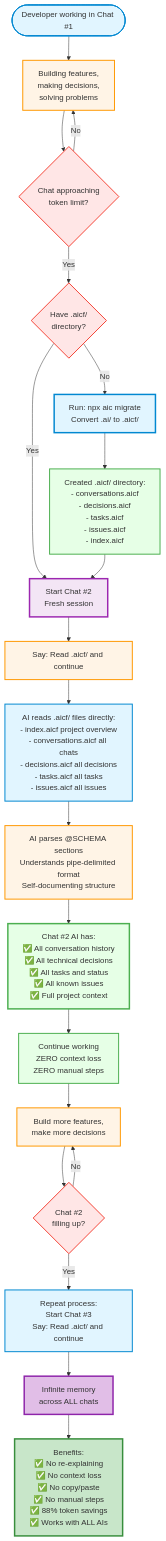
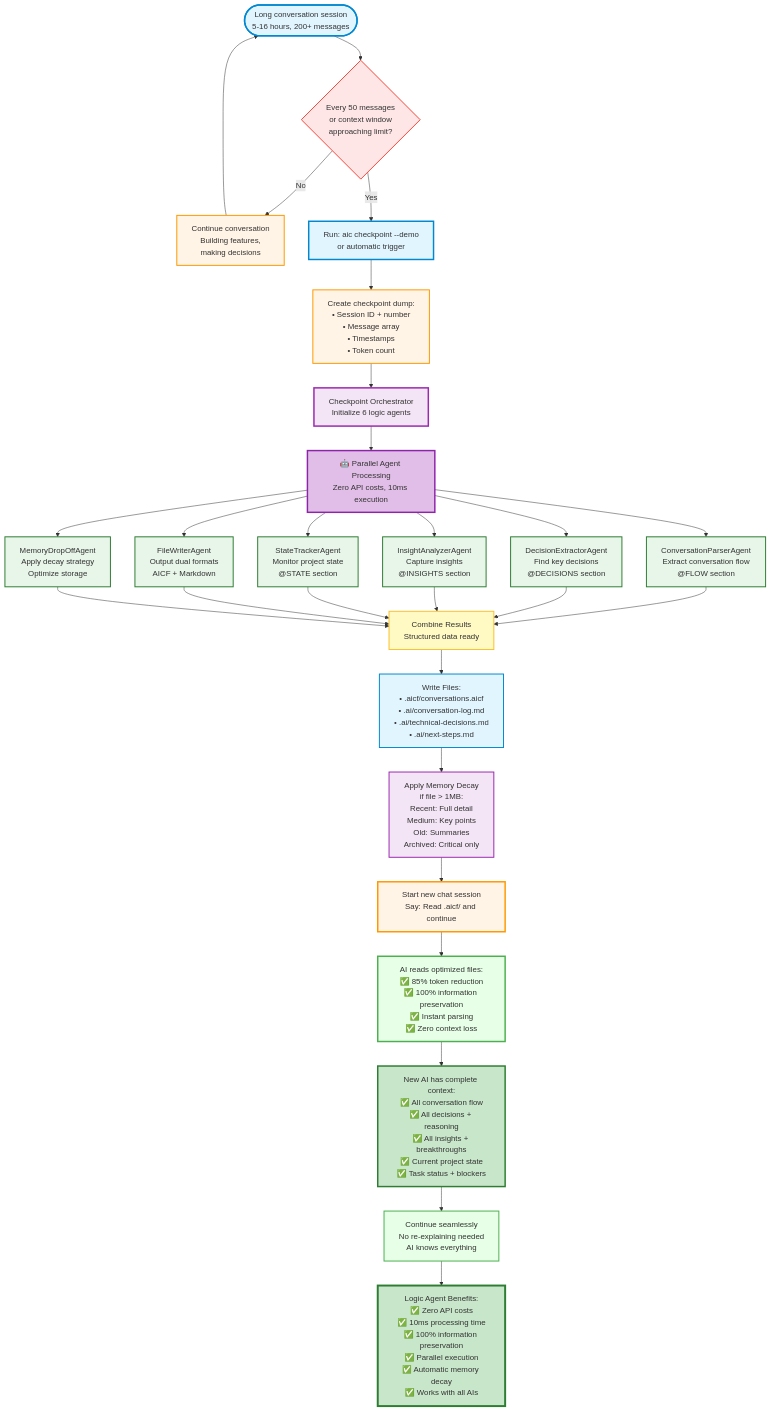
Before and after one commit to Vaeshkar/create-ai-chat-context-experimental: the diagram in docs/04_aicf-workflow.mmd, drawn with Mermaid. The commit also changed 234 other files, not shown here.

```diff
--- a/docs/04_aicf-workflow.mmd
+++ b/docs/04_aicf-workflow.mmd
@@ -1,56 +1,68 @@
-%% AICF 2.0 Workflow
-%% How AICF 2.0 enables persistent memory across chat sessions
+%% Checkpoint Orchestrator Workflow
+%% How the logic agent orchestrator processes conversation checkpoints with zero API costs
 
 graph TB
-    Start([Developer working in Chat #1]) --> Working[Building features,<br/>making decisions,<br/>solving problems]
+    Start([Long conversation session<br/>5-16 hours, 200+ messages]) --> Trigger{Every 50 messages<br/>or context window<br/>approaching limit?}
 
-    Working --> ChatFull{Chat approaching<br/>token limit?}
+    Trigger -->|No| Continue[Continue conversation<br/>Building features,<br/>making decisions]
+    Continue --> Start
+    
+    Trigger -->|Yes| Checkpoint[Run: aic checkpoint --demo<br/>or automatic trigger]
 
-    ChatFull -->|No| Working
-    ChatFull -->|Yes| Decision{Have .aicf/<br/>directory?}
+    Checkpoint --> DataDump[Create checkpoint dump:<br/>• Session ID + number<br/>• Message array<br/>• Timestamps<br/>• Token count]
 
-    Decision -->|No| Migrate[Run: npx aic migrate<br/>Convert .ai/ to .aicf/]
-    Decision -->|Yes| NewChat
+    DataDump --> Orchestrator[Checkpoint Orchestrator<br/>Initialize 6 logic agents]
 
-    Migrate --> MigrateResult[Created .aicf/ directory:<br/>- conversations.aicf<br/>- decisions.aicf<br/>- tasks.aicf<br/>- issues.aicf<br/>- index.aicf]
+    Orchestrator --> Parallel[🤖 Parallel Agent Processing<br/>Zero API costs, 10ms execution]
 
-    MigrateResult --> NewChat[Start Chat #2<br/>Fresh session]
+    Parallel --> Agent1[ConversationParserAgent<br/>Extract conversation flow<br/>@FLOW section]
+    Parallel --> Agent2[DecisionExtractorAgent<br/>Find key decisions<br/>@DECISIONS section]
+    Parallel --> Agent3[InsightAnalyzerAgent<br/>Capture insights<br/>@INSIGHTS section]
+    Parallel --> Agent4[StateTrackerAgent<br/>Monitor project state<br/>@STATE section]
+    Parallel --> Agent5[FileWriterAgent<br/>Output dual formats<br/>AICF + Markdown]
+    Parallel --> Agent6[MemoryDropOffAgent<br/>Apply decay strategy<br/>Optimize storage]
 
-    NewChat --> DirectRead[Say: Read .aicf/ and continue]
+    Agent1 --> Combine[Combine Results<br/>Structured data ready]
+    Agent2 --> Combine
+    Agent3 --> Combine
+    Agent4 --> Combine
+    Agent5 --> Combine
+    Agent6 --> Combine
 
-    DirectRead --> AIReads[AI reads .aicf/ files directly:<br/>- index.aicf project overview<br/>- conversations.aicf all chats<br/>- decisions.aicf all decisions<br/>- tasks.aicf all tasks<br/>- issues.aicf all issues]
+    Combine --> WriteFiles[Write Files:<br/>• .aicf/conversations.aicf<br/>• .ai/conversation-log.md<br/>• .ai/technical-decisions.md<br/>• .ai/next-steps.md]
 
-    AIReads --> Parse[AI parses @SCHEMA sections<br/>Understands pipe-delimited format<br/>Self-documenting structure]
+    WriteFiles --> MemoryDecay[Apply Memory Decay<br/>if file > 1MB:<br/>Recent: Full detail<br/>Medium: Key points<br/>Old: Summaries<br/>Archived: Critical only]
 
-    Parse --> FullContext[Chat #2 AI has:<br/>✅ All conversation history<br/>✅ All technical decisions<br/>✅ All tasks and status<br/>✅ All known issues<br/>✅ Full project context]
+    MemoryDecay --> NewSession[Start new chat session<br/>Say: Read .aicf/ and continue]
 
-    FullContext --> Continue[Continue working<br/>ZERO context loss<br/>ZERO manual steps]
+    NewSession --> AIReads[AI reads optimized files:<br/>✅ 85% token reduction<br/>✅ 100% information preservation<br/>✅ Instant parsing<br/>✅ Zero context loss]
 
-    Continue --> MoreWork[Build more features,<br/>make more decisions]
+    AIReads --> FullContext[New AI has complete context:<br/>✅ All conversation flow<br/>✅ All decisions + reasoning<br/>✅ All insights + breakthroughs<br/>✅ Current project state<br/>✅ Task status + blockers]
 
-    MoreWork --> ChatFull2{Chat #2<br/>filling up?}
+    FullContext --> Seamless[Continue seamlessly<br/>No re-explaining needed<br/>AI knows everything]
 
-    ChatFull2 -->|No| MoreWork
-    ChatFull2 -->|Yes| Repeat[Repeat process:<br/>Start Chat #3<br/>Say: Read .aicf/ and continue]
+    Seamless --> Benefits[Logic Agent Benefits:<br/>✅ Zero API costs<br/>✅ 10ms processing time<br/>✅ 100% information preservation<br/>✅ Parallel execution<br/>✅ Automatic memory decay<br/>✅ Works with all AIs]
 
-    Repeat --> Infinite[Infinite memory<br/>across ALL chats]
-
-    Infinite --> Benefits[Benefits:<br/>✅ No re-explaining<br/>✅ No context loss<br/>✅ No copy/paste<br/>✅ No manual steps<br/>✅ 88% token savings<br/>✅ Works with ALL AIs]
-
-    style Start fill:#e1f5ff,stroke:#0288d1,stroke-width:2px
-    style Working fill:#fff4e6,stroke:#ff9800,stroke-width:2px
-    style ChatFull fill:#ffe6e6,stroke:#f44336,stroke-width:2px
-    style Decision fill:#ffe6e6,stroke:#f44336,stroke-width:2px
-    style Migrate fill:#e1f5ff,stroke:#0288d1,stroke-width:3px
-    style MigrateResult fill:#e6ffe6,stroke:#4caf50,stroke-width:2px
-    style NewChat fill:#f3e5f5,stroke:#9c27b0,stroke-width:3px
-    style DirectRead fill:#fff4e6,stroke:#ff9800,stroke-width:2px
-    style AIReads fill:#e1f5ff,stroke:#0288d1,stroke-width:2px
-    style Parse fill:#fff4e6,stroke:#ff9800,stroke-width:2px
-    style FullContext fill:#e6ffe6,stroke:#4caf50,stroke-width:3px
-    style Continue fill:#e6ffe6,stroke:#4caf50,stroke-width:2px
-    style MoreWork fill:#fff4e6,stroke:#ff9800,stroke-width:2px
-    style ChatFull2 fill:#ffe6e6,stroke:#f44336,stroke-width:2px
-    style Repeat fill:#e1f5ff,stroke:#0288d1,stroke-width:2px
-    style Infinite fill:#e1bee7,stroke:#8e24aa,stroke-width:3px
-    style Benefits fill:#c8e6c9,stroke:#388e3c,stroke-width:3px
+    style Start fill:#e1f5ff,stroke:#0288d1,stroke-width:3px
+    style Trigger fill:#ffe6e6,stroke:#f44336,stroke-width:2px
+    style Continue fill:#fff4e6,stroke:#ff9800,stroke-width:2px
+    style Checkpoint fill:#e1f5ff,stroke:#0288d1,stroke-width:3px
+    style DataDump fill:#fff4e6,stroke:#ff9800,stroke-width:2px
+    style Orchestrator fill:#f3e5f5,stroke:#9c27b0,stroke-width:3px
+    style Parallel fill:#e1bee7,stroke:#8e24aa,stroke-width:3px
+    
+    style Agent1 fill:#e8f5e9,stroke:#2e7d32,stroke-width:2px
+    style Agent2 fill:#e8f5e9,stroke:#2e7d32,stroke-width:2px
+    style Agent3 fill:#e8f5e9,stroke:#2e7d32,stroke-width:2px
+    style Agent4 fill:#e8f5e9,stroke:#2e7d32,stroke-width:2px
+    style Agent5 fill:#e8f5e9,stroke:#2e7d32,stroke-width:2px
+    style Agent6 fill:#e8f5e9,stroke:#2e7d32,stroke-width:2px
+    
+    style Combine fill:#fff9c4,stroke:#fbc02d,stroke-width:2px
+    style WriteFiles fill:#e1f5ff,stroke:#0288d1,stroke-width:2px
+    style MemoryDecay fill:#f3e5f5,stroke:#9c27b0,stroke-width:2px
+    style NewSession fill:#fff4e6,stroke:#ff9800,stroke-width:3px
+    style AIReads fill:#e6ffe6,stroke:#4caf50,stroke-width:3px
+    style FullContext fill:#c8e6c9,stroke:#2e7d32,stroke-width:3px
+    style Seamless fill:#e6ffe6,stroke:#4caf50,stroke-width:2px
+    style Benefits fill:#c8e6c9,stroke:#2e7d32,stroke-width:4px
```
